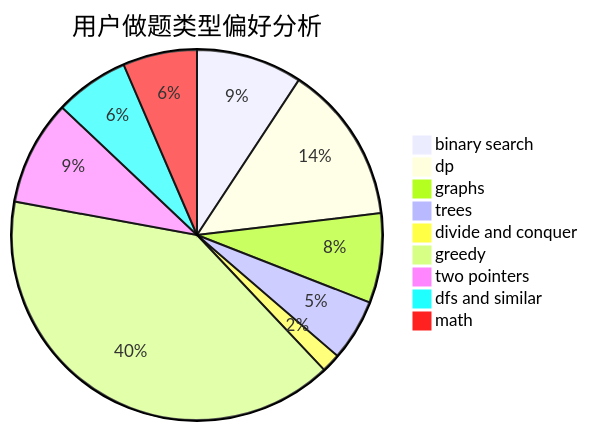
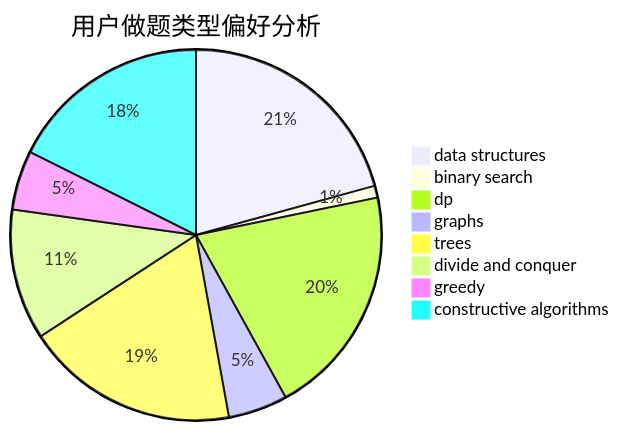
Before and after one commit to sherpahu/cfrs.github.io: the second of 3 diagrams in docs/user/u2009.md, drawn with Mermaid. The commit also changed other lines of this file and 2775 other files, not shown here.

````diff
--- a/docs/user/u2009.md
+++ b/docs/user/u2009.md
@@ -23,12 +23,11 @@
 ```mermaid
 pie title 用户做题类型偏好分析
-    "binary search" :  213
-    "dp" :  319
-    "graphs" :  180
-    "trees" :  124
-    "divide and conquer" :  38
-    "greedy" :  919
-    "two pointers" :  211
-    "dfs and similar" :  149
-    "math" :  149
+    "data structures" :  40
+    "binary search" :  2
+    "dp" :  39
+    "graphs" :  10
+    "trees" :  36
+    "divide and conquer" :  22
+    "greedy" :  10
+    "constructive algorithms" :  34
 ```
````
